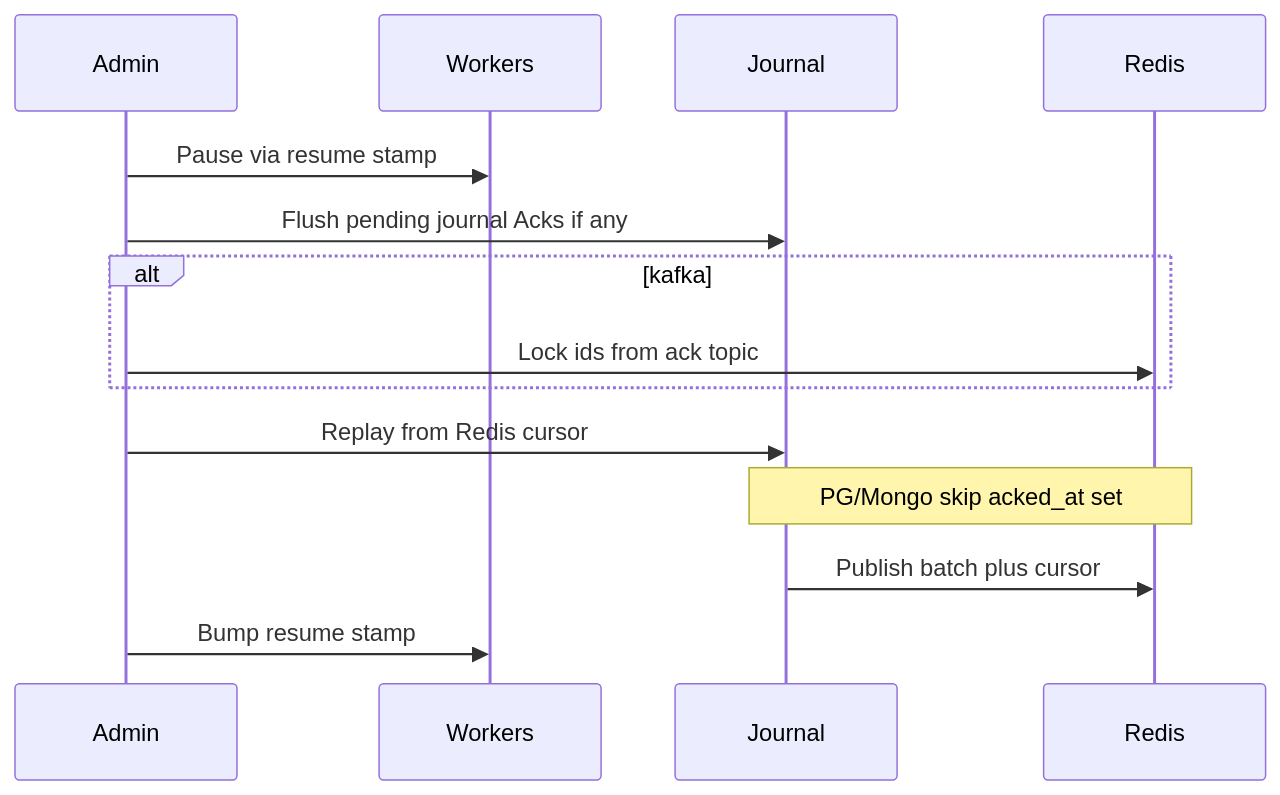
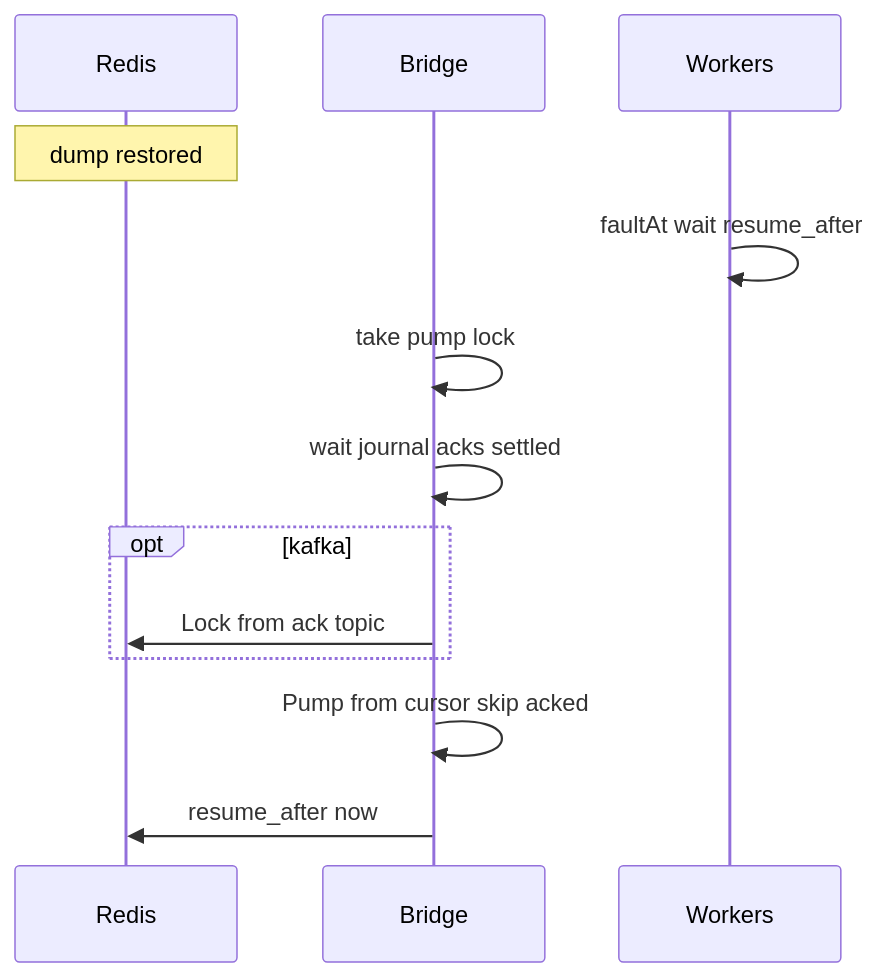
One commit to Rinsvent/smart-redis-queue changed the second of 2 diagrams in docs/features/journal.md. Above: the diagram before and after it, drawn with Mermaid. The commit also changed other lines of this file and 23 other files, not shown here.

````diff
--- a/docs/features/journal.md
+++ b/docs/features/journal.md
@@ -98,16 +127,15 @@
 ```mermaid
 sequenceDiagram
-  participant Admin
+  participant Redis
+  participant Bridge
   participant Workers
-  participant Journal
-  participant Redis
-  Admin->>Workers: Pause via resume stamp
-  Admin->>Journal: Flush pending journal Acks if any
-  alt kafka
-    Admin->>Redis: Lock ids from ack topic
+  Note over Redis: dump restored
+  Workers->>Workers: faultAt wait resume_after
+  Bridge->>Bridge: take pump lock
+  Bridge->>Bridge: wait journal acks settled
+  opt kafka
+    Bridge->>Redis: Lock from ack topic
   end
-  Admin->>Journal: Replay from Redis cursor
-  Note over Journal,Redis: PG/Mongo skip acked_at set
-  Journal->>Redis: Publish batch plus cursor
-  Admin->>Workers: Bump resume stamp
+  Bridge->>Bridge: Pump from cursor skip acked
+  Bridge->>Redis: resume_after now
 ```
````
